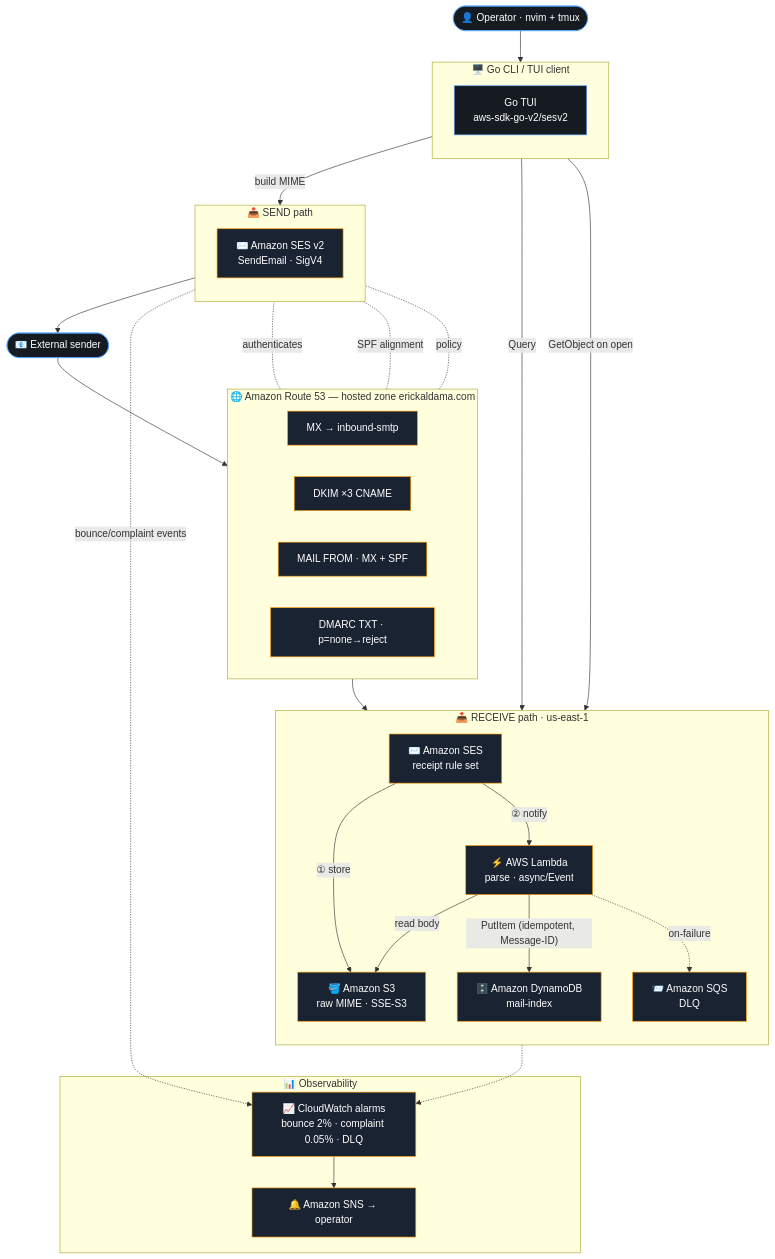
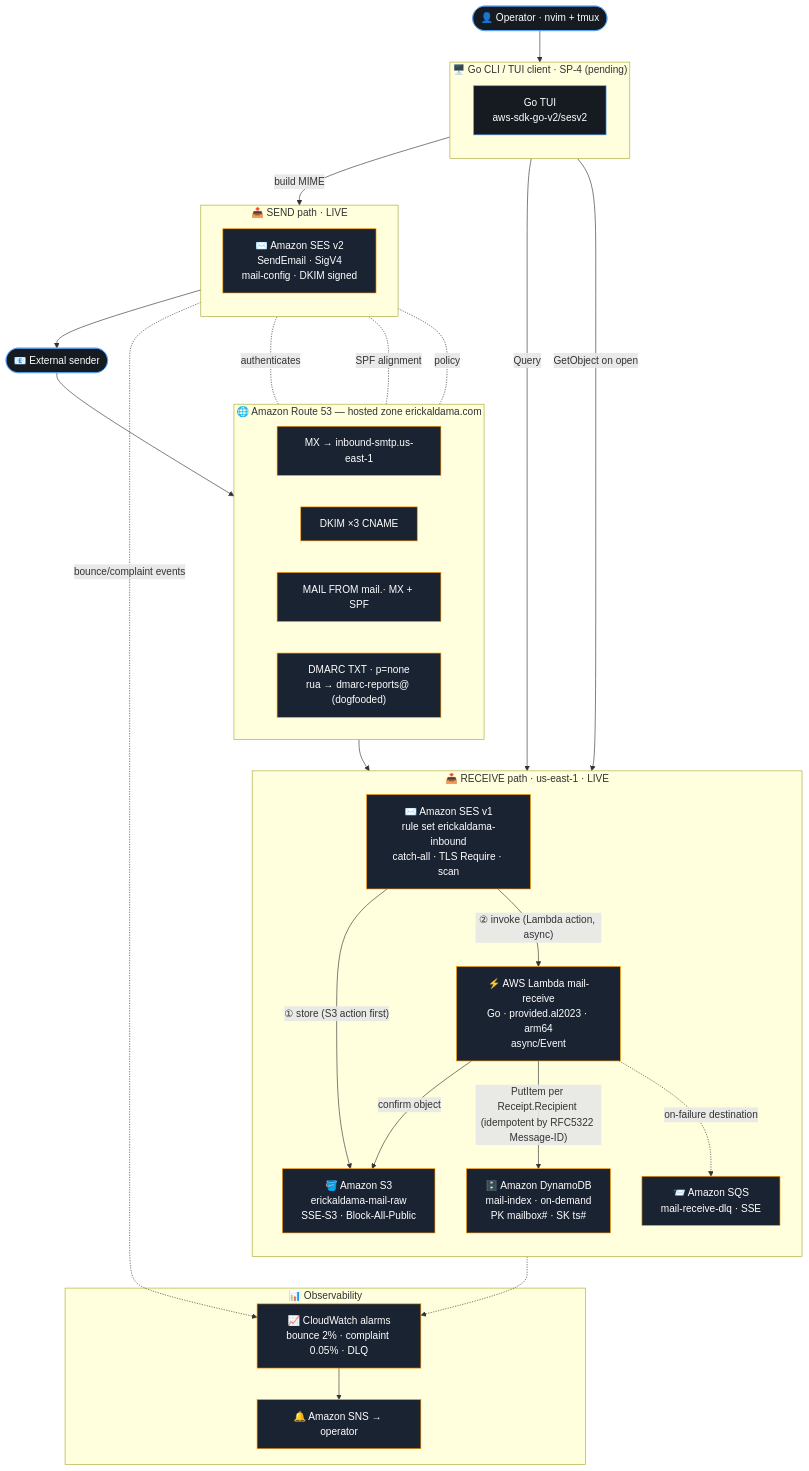
One commit to esaldgut/erickaldama-mail changed the diagram in docs/architecture.md. Above: the diagram before and after it, drawn with Mermaid. The commit also changed other lines of this file and 5 other files, not shown here.

````diff
--- a/docs/architecture.md
+++ b/docs/architecture.md
@@ -8,64 +12,64 @@
 ```mermaid
 flowchart TB
     sender([📧 External sender])
     user([👤 Operator · nvim + tmux])
 
     subgraph dns["🌐 Amazon Route 53 — hosted zone erickaldama.com"]
         direction LR
-        mx["MX → inbound-smtp"]
+        mx["MX → inbound-smtp.us-east-1"]
         dkim["DKIM ×3 CNAME"]
-        mailfrom["MAIL FROM · MX + SPF"]
-        dmarc["DMARC TXT · p=none→reject"]
+        mailfrom["MAIL FROM mail.· MX + SPF"]
+        dmarc["DMARC TXT · p=none<br/>rua → dmarc-reports@ (dogfooded)"]
     end
 
-    subgraph receive["📥 RECEIVE path · us-east-1"]
+    subgraph receive["📥 RECEIVE path · us-east-1 · LIVE"]
         direction TB
-        ses_in["✉️ Amazon SES<br/>receipt rule set"]
-        s3["🪣 Amazon S3<br/>raw MIME · SSE-S3"]
-        lambda["⚡ AWS Lambda<br/>parse · async/Event"]
-        ddb["🗄️ Amazon DynamoDB<br/>mail-index"]
-        dlq["📨 Amazon SQS<br/>DLQ"]
+        ses_in["✉️ Amazon SES v1<br/>rule set erickaldama-inbound<br/>catch-all · TLS Require · scan"]
+        s3["🪣 Amazon S3<br/>erickaldama-mail-raw<br/>SSE-S3 · Block-All-Public"]
+        lambda["⚡ AWS Lambda mail-receive<br/>Go · provided.al2023 · arm64<br/>async/Event"]
+        ddb["🗄️ Amazon DynamoDB<br/>mail-index · on-demand<br/>PK mailbox# · SK ts#"]
+        dlq["📨 Amazon SQS<br/>mail-receive-dlq · SSE"]
     end
 
-    subgraph send["📤 SEND path"]
+    subgraph send["📤 SEND path · LIVE"]
         direction TB
-        ses_out["✉️ Amazon SES v2<br/>SendEmail · SigV4"]
+        ses_out["✉️ Amazon SES v2<br/>SendEmail · SigV4<br/>mail-config · DKIM signed"]
     end
 
-    subgraph client["🖥️ Go CLI / TUI client"]
+    subgraph client["🖥️ Go CLI / TUI client · SP-4 (pending)"]
         direction TB
         tui["Go TUI<br/>aws-sdk-go-v2/sesv2"]
     end
 
     subgraph obs["📊 Observability"]
         cw["📈 CloudWatch alarms<br/>bounce 2% · complaint 0.05% · DLQ"]
         sns["🔔 Amazon SNS → operator"]
     end
 
     sender --> mx
     mx --> ses_in
-    ses_in -->|"① store"| s3
-    ses_in -->|"② notify"| lambda
-    lambda -->|read body| s3
-    lambda -->|"PutItem (idempotent, Message-ID)"| ddb
-    lambda -.->|on-failure| dlq
+    ses_in -->|"① store (S3 action first)"| s3
+    ses_in -->|"② invoke (Lambda action, async)"| lambda
+    lambda -->|confirm object| s3
+    lambda -->|"PutItem per Receipt.Recipient (idempotent by RFC5322 Message-ID)"| ddb
+    lambda -.->|on-failure destination| dlq
 
     tui -->|build MIME| ses_out
     ses_out --> sender
     tui -->|"Query"| ddb
     tui -->|"GetObject on open"| s3
     user --> tui
 
     ses_out -.->|bounce/complaint events| cw
     dlq -.-> cw
     cw --> sns
 
     dkim -.-|authenticates| ses_out
     mailfrom -.-|SPF alignment| ses_out
     dmarc -.-|policy| ses_out
 
     classDef aws fill:#1a2332,stroke:#ff9900,stroke-width:1px,color:#fff;
     classDef ext fill:#161b22,stroke:#58a6ff,stroke-width:1px,color:#fff;
     class ses_in,s3,lambda,ddb,dlq,ses_out,cw,sns,mx,dkim,mailfrom,dmarc aws;
     class sender,user,tui ext;
 ```
````
